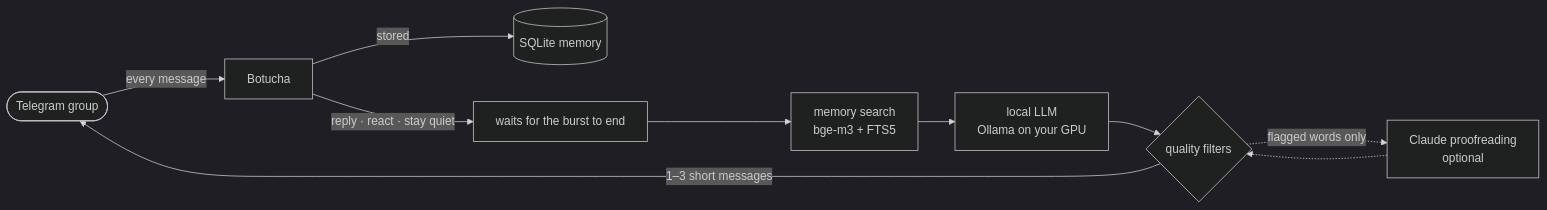
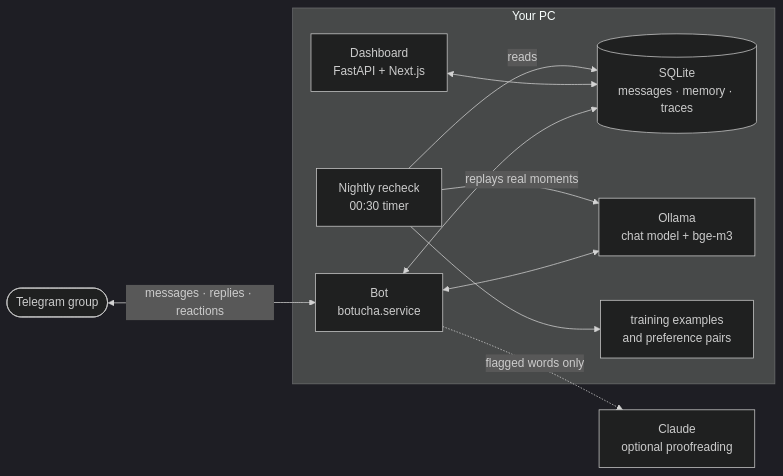
The first of 2 diagrams in README.md (row-hammer/botucha), drawn with Mermaid (dark theme) before and after one commit. The commit also changed other lines of this file and 5 other files, not shown here.

Commit message:
docs: clearer architecture diagrams and dashboard screenshots in README

````diff
--- a/README.md
+++ b/README.md
@@ -43,12 +47,24 @@
 ```mermaid
 flowchart LR
-    G([Telegram group]) -->|every message| B[Botucha]
-    B -->|stored| M[(SQLite memory)]
-    B -->|reply · react · stay quiet| W[waits for the burst to end]
-    W --> R[memory search<br/>bge-m3 + FTS5]
-    R --> L[local LLM<br/>Ollama on your GPU]
-    L --> F{quality filters}
-    F -->|1–3 short messages| G
-    F -. flagged words only .-> C[Claude proofreading<br/>optional]
-    C -.-> F
+    TG([Telegram group])
+
+    subgraph PC[Your PC]
+        BOT[Bot<br/>botucha.service]
+        DB[(SQLite<br/>messages · memory · traces)]
+        OL[Ollama<br/>chat model + bge-m3]
+        WEB[Dashboard<br/>FastAPI + Next.js]
+        NIGHT[Nightly recheck<br/>00:30 timer]
+        TRAIN[training examples<br/>and preference pairs]
+    end
+
+    CL[Claude<br/>optional proofreading]
+
+    TG <-->|messages · replies · reactions| BOT
+    BOT <--> DB
+    BOT <--> OL
+    BOT -. flagged words only .-> CL
+    WEB <--> DB
+    NIGHT -->|replays real moments| OL
+    NIGHT -->|reads| DB
+    NIGHT --> TRAIN
 ```
````
